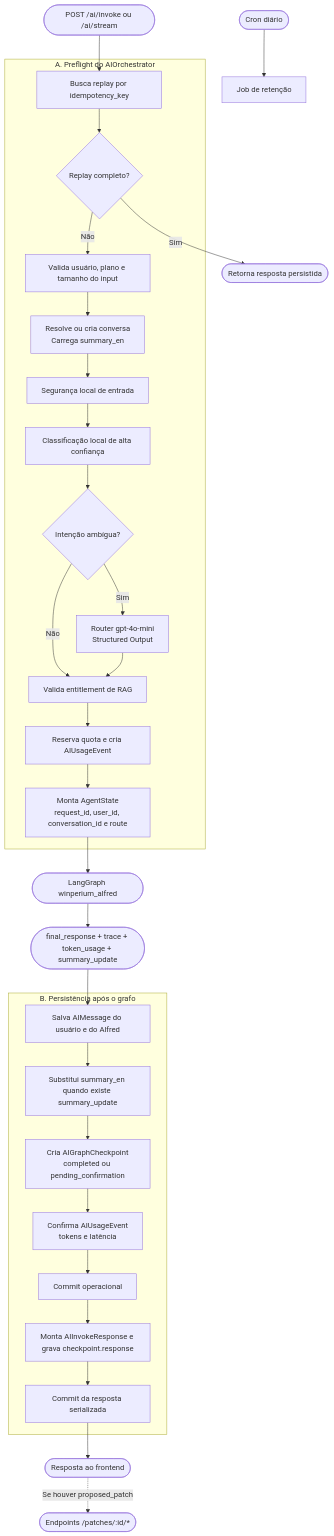
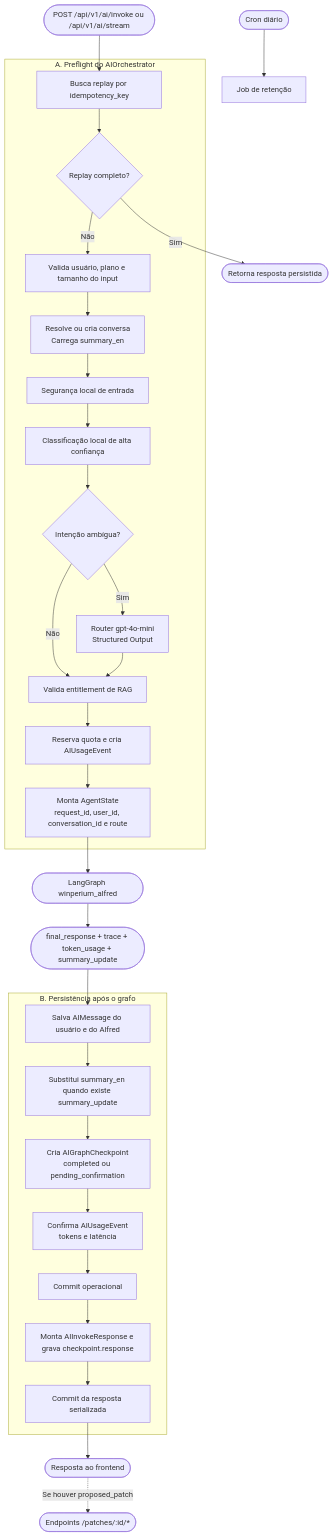
One commit to Vini-create/routine-app-back changed the first of 6 diagrams in graph_overview.md. Above: the diagram before and after it, drawn with Mermaid. The commit also changed 343 other files, not shown here.

````diff
--- a/graph_overview.md
+++ b/graph_overview.md
@@ -23,57 +23,57 @@
 ```mermaid
 flowchart TD
-    U([POST /ai/invoke ou /ai/stream])
+    U([POST /api/v1/ai/invoke ou /api/v1/ai/stream])
 
     subgraph PRE["A. Preflight do AIOrchestrator"]
         P1[Busca replay por idempotency_key]
         P2{Replay completo?}
         P3[Valida usuário, plano e tamanho do input]
         P4[Resolve ou cria conversa<br/>Carrega summary_en]
         P5[Segurança local de entrada]
         P6[Classificação local de alta confiança]
         P7{Intenção ambígua?}
         P8[Router gpt-4o-mini<br/>Structured Output]
         P9[Valida entitlement de RAG]
         P10[Reserva quota e cria AIUsageEvent]
         P11[Monta AgentState<br/>request_id, user_id, conversation_id e route]
     end
 
     U --> P1
     P1 --> P2
     P2 -->|Sim| REPLAY([Retorna resposta persistida])
     P2 -->|Não| P3
     P3 --> P4
     P4 --> P5
     P5 --> P6
     P6 --> P7
     P7 -->|Sim| P8
     P7 -->|Não| P9
     P8 --> P9
     P9 --> P10
     P10 --> P11
 
     P11 --> GIN([LangGraph winperium_alfred])
     GIN --> GOUT([final_response + trace + token_usage + summary_update])
 
     subgraph COMMIT["B. Persistência após o grafo"]
         C1[Salva AIMessage do usuário e do Alfred]
         C2[Substitui summary_en quando existe summary_update]
         C3[Cria AIGraphCheckpoint<br/>completed ou pending_confirmation]
         C4[Confirma AIUsageEvent<br/>tokens e latência]
         C5[Commit operacional]
         C6[Monta AIInvokeResponse e grava checkpoint.response]
         C7[Commit da resposta serializada]
     end
 
     GOUT --> C1
     C1 --> C2
     C2 --> C3
     C3 --> C4
     C4 --> C5
     C5 --> C6
     C6 --> C7
     C7 --> OUT([Resposta ao frontend])
 
     OUT -.->|Se houver proposed_patch| HITLAPI([Endpoints /patches/:id/*])
     CRON([Cron diário]) --> RET[Job de retenção]
 ```
````
